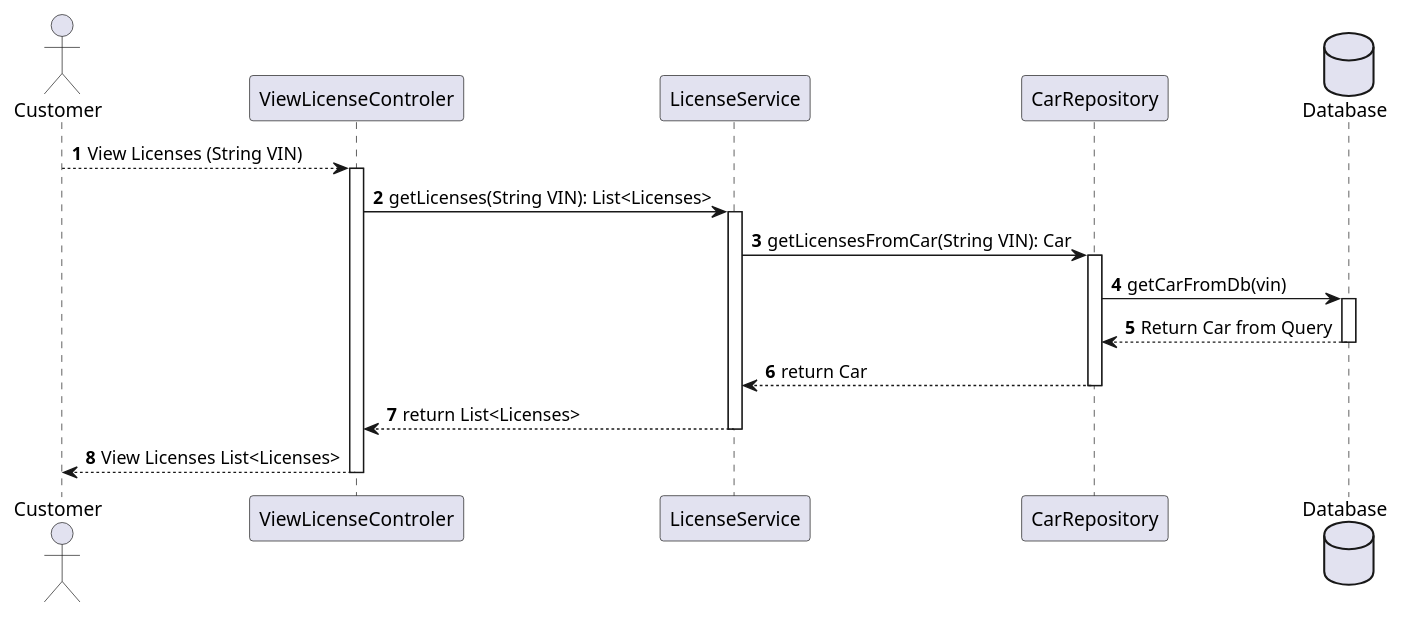
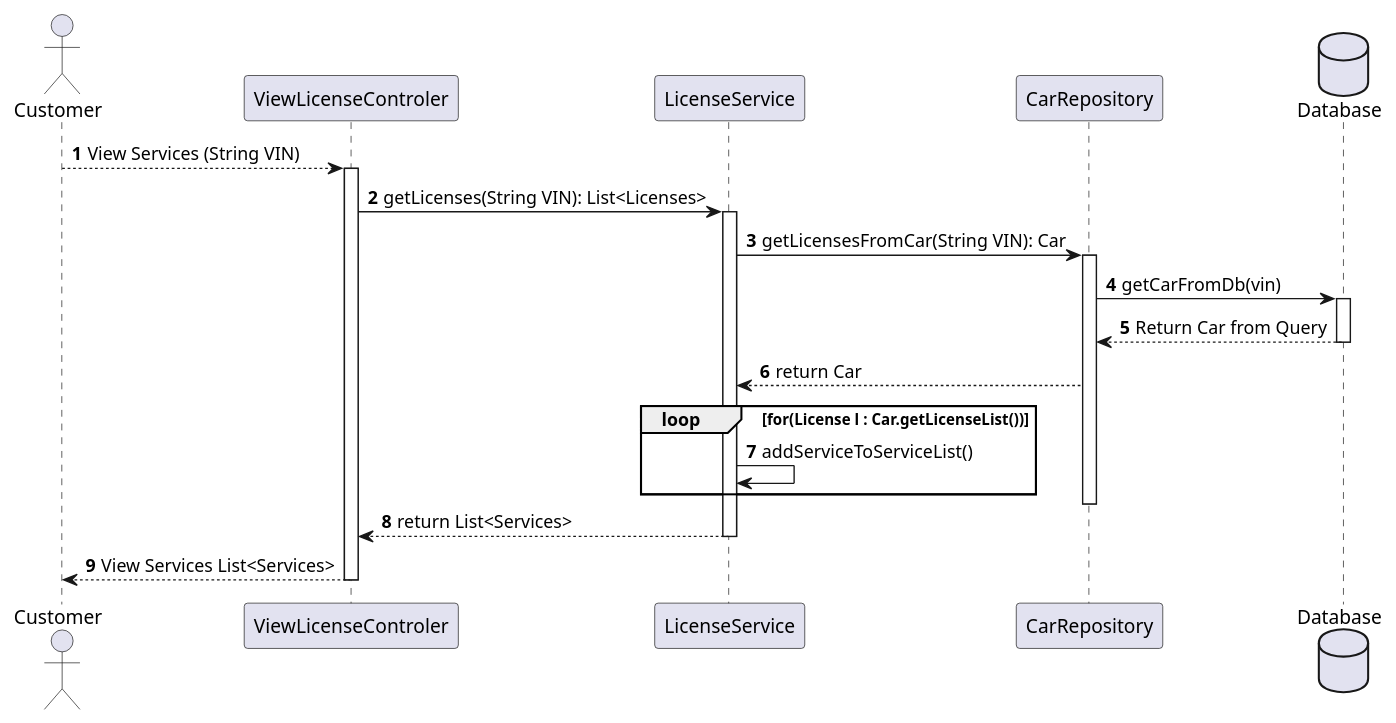
Before and after one commit to ljbg1996/car-backend: the diagram in SequenceViewActiveLicense_1.puml, drawn with PlantUML.

Commit message:
Sequenzdiagramm View Activ Licenses angepasst

```diff
--- a/SequenceViewActiveLicense_1.puml
+++ b/SequenceViewActiveLicense_1.puml
@@ -1,29 +1,32 @@
 @startuml
 'https://plantuml.com/sequence-diagram
 
 autonumber
 
 Actor Customer as c
 Participant ViewLicenseControler as vlc
 Participant LicenseService as ls
 Participant CarRepository as cr
 database Database as db
 
-c --->vlc:View Licenses (String VIN)
+c --->vlc:View Services (String VIN)
 activate vlc
 vlc -> ls:getLicenses(String VIN): List<Licenses>
 activate ls
 ls -> cr: getLicensesFromCar(String VIN): Car
 activate cr
 cr->db: getCarFromDb(vin)
 activate db
 db-->cr: Return Car from Query
 deactivate db
 cr-->ls: return Car
+loop for(License l : Car.getLicenseList())
+    ls->ls: addServiceToServiceList()
+    end
 deactivate cr
-ls-->vlc: return List<Licenses>
+ls-->vlc: return List<Services>
 deactivate ls
-vlc-->c: View Licenses List<Licenses>
+vlc-->c: View Services List<Services>
 deactivate vlc
 
 @enduml
```
